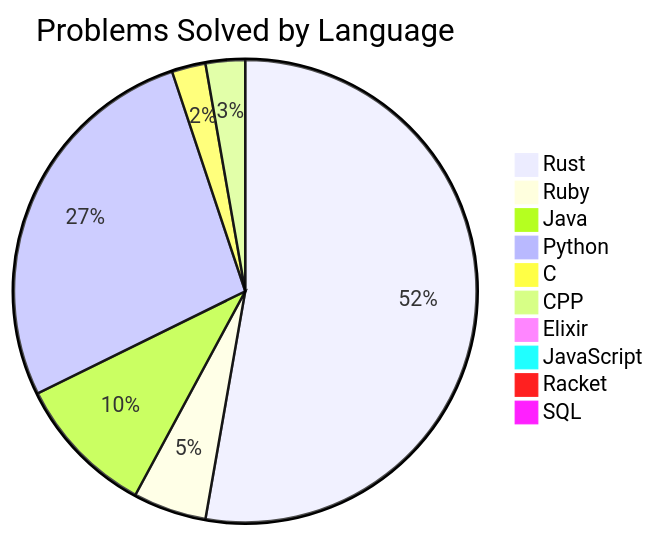
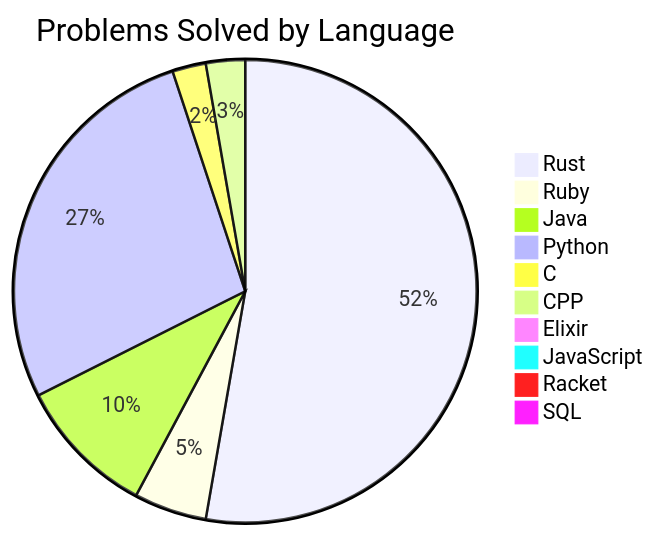
One commit to Liam-Wirth/leetcode-solutions changed the diagram in README.md. Above: the diagram before and after it, drawn with Mermaid. The commit also changed other lines of this file and 5 other files, not shown here.

````diff
--- a/README.md
+++ b/README.md
@@ -29,13 +29,13 @@
 ```mermaid
 pie title Problems Solved by Language
-    "Rust": 134
+    "Rust": 135
     "Ruby": 13
     "Java": 25
-    "Python": 69
+    "Python": 70
     "C": 6
     "CPP": 7
     "Elixir": 1
     "JavaScript": 2
     "Racket": 1
     "SQL": 2
 ```
````
